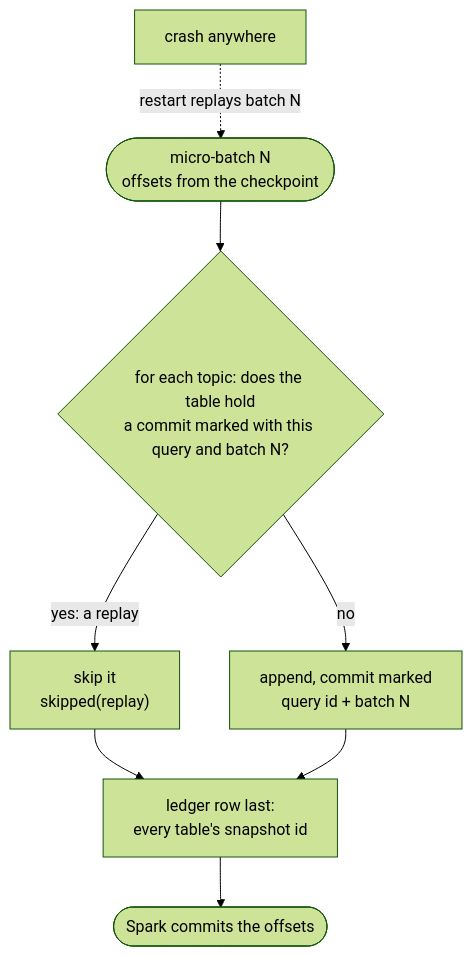
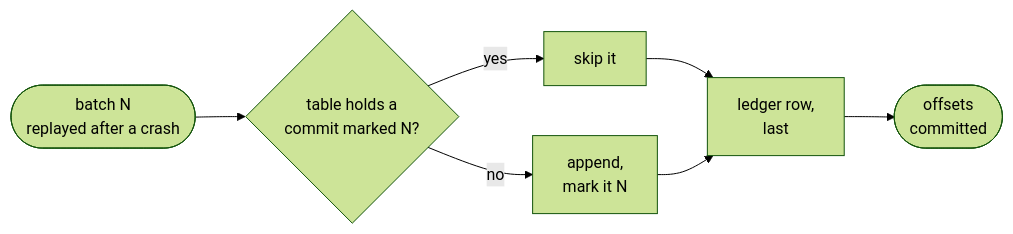
One commit to SouhailBourhim/TheLook_CDC_LakeHouse changed the second of 2 diagrams in README.md. Above: the diagram before and after it, drawn with Mermaid (forest theme). The commit also changed other lines of this file and 19 other files, not shown here.

````diff
--- a/README.md
+++ b/README.md
@@ -144,10 +107,9 @@
 ```mermaid
-flowchart TD
-  start(["micro-batch N<br/>offsets from the checkpoint"]) --> topic{"for each topic: does the table hold<br/>a commit marked with this query and batch N?"}
-  topic -- "yes: a replay" --> skip["skip it<br/>skipped(replay)"]
-  topic -- "no" --> append["append, commit marked<br/>query id + batch N"]
-  skip --> ledger["ledger row last:<br/>every table's snapshot id"]
+flowchart LR
+  batch(["batch N<br/>replayed after a crash"]) --> check{"table holds a<br/>commit marked N?"}
+  check -- "yes" --> skip["skip it"]
+  check -- "no" --> append["append,<br/>mark it N"]
+  skip --> ledger["ledger row,<br/>last"]
   append --> ledger
-  ledger --> done(["Spark commits the offsets"])
-  crash["crash anywhere"] -. "restart replays batch N" .-> start
+  ledger --> done(["offsets<br/>committed"])
 ```
````
